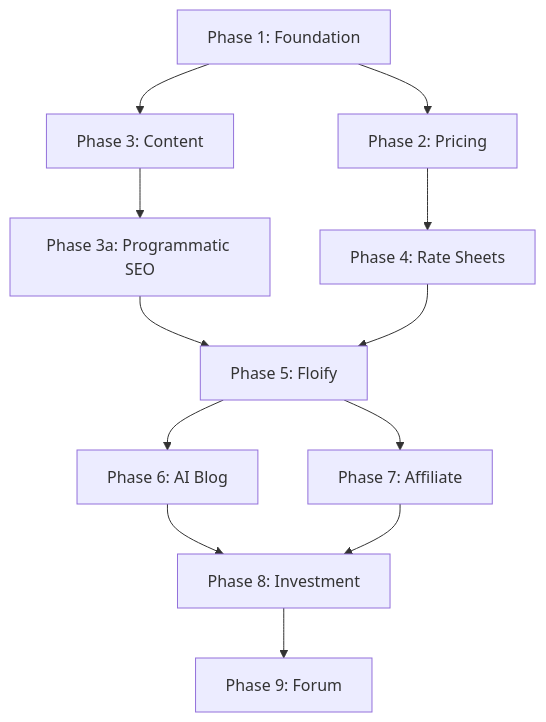
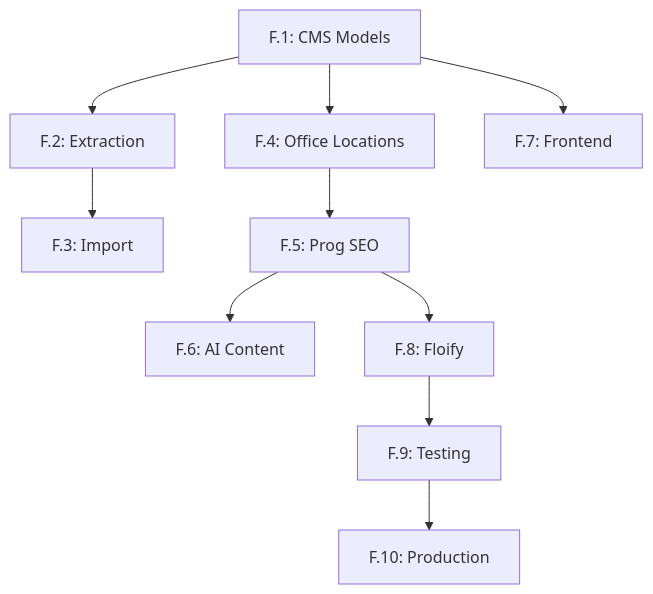
Before and after one commit to samtheloanman/unified-cmtg: the diagram in unified-platform/conductor/tracks.md, drawn with Mermaid. The commit also changed other lines of this file and 11 other files, not shown here.

First line of the commit message:
feat(cms): establish F.1 track and refactor models

````diff
--- a/unified-platform/conductor/tracks.md
+++ b/unified-platform/conductor/tracks.md
@@ -52,14 +44,12 @@
 ```mermaid
 flowchart TD
-    P1[Phase 1: Foundation] --> P2[Phase 2: Pricing]
-    P1 --> P3[Phase 3: Content]
-    P2 --> P4[Phase 4: Rate Sheets]
-    P3 --> P3a[Phase 3a: Programmatic SEO]
-    P3a --> P5[Phase 5: Floify]
-    P4 --> P5
-    P5 --> P6[Phase 6: AI Blog]
-    P5 --> P7[Phase 7: Affiliate]
-    P6 --> P8[Phase 8: Investment]
-    P7 --> P8
-    P8 --> P9[Phase 9: Forum]
+    F1[F.1: CMS Models] --> F2[F.2: Extraction]
+    F2 --> F3[F.3: Import]
+    F1 --> F4[F.4: Office Locations]
+    F4 --> F5[F.5: Prog SEO]
+    F5 --> F6[F.6: AI Content]
+    F1 --> F7[F.7: Frontend]
+    F5 --> F8[F.8: Floify]
+    F8 --> F9[F.9: Testing]
+    F9 --> F10[F.10: Production]
 ```
````
